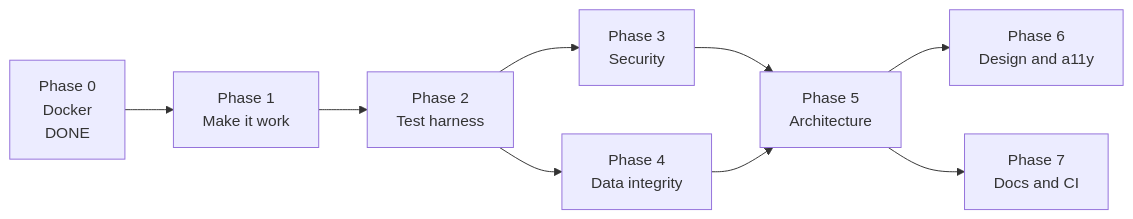
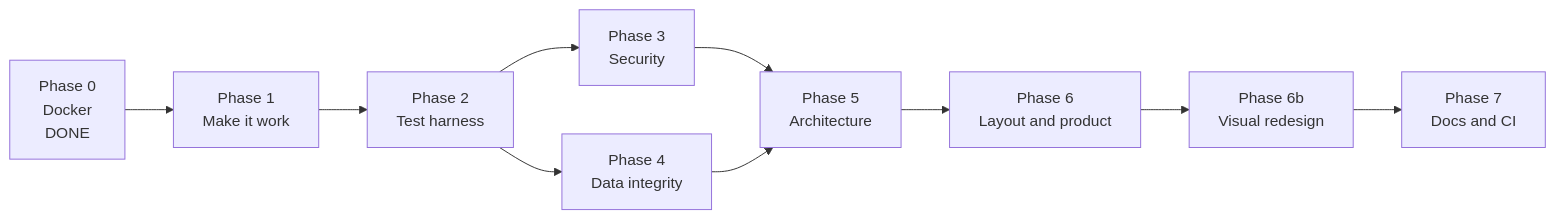
The third of 6 diagrams in docs/REVIVAL-PLAN.md (kfeuerschvenger/BreezyBoard), drawn with Mermaid before and after one commit. The commit also changed other lines of this file, not shown here.

First line of the commit message:
docs(plan): add the visual redesign phase and settle three scope questions

````diff
--- a/docs/REVIVAL-PLAN.md
+++ b/docs/REVIVAL-PLAN.md
@@ -477,11 +481,12 @@
 ```mermaid
 graph LR
   P0[Phase 0<br/>Docker<br/>DONE] --> P1[Phase 1<br/>Make it work]
   P1 --> P2[Phase 2<br/>Test harness]
   P2 --> P3[Phase 3<br/>Security]
   P2 --> P4[Phase 4<br/>Data integrity]
   P3 --> P5[Phase 5<br/>Architecture]
   P4 --> P5
-  P5 --> P6[Phase 6<br/>Design and a11y]
-  P5 --> P7[Phase 7<br/>Docs and CI]
+  P5 --> P6[Phase 6<br/>Layout and product]
+  P6 --> P6b[Phase 6b<br/>Visual redesign]
+  P6b --> P7[Phase 7<br/>Docs and CI]
 ```
````
